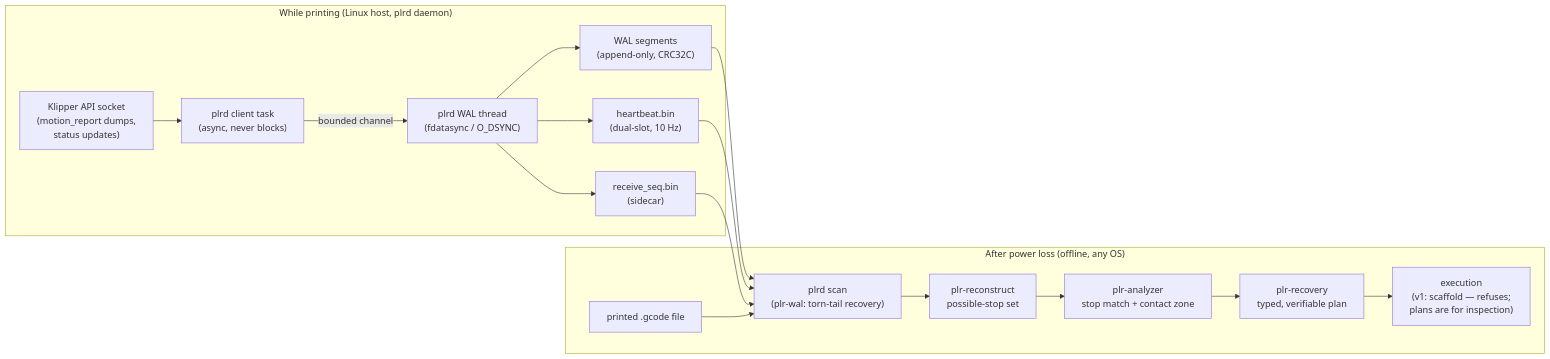
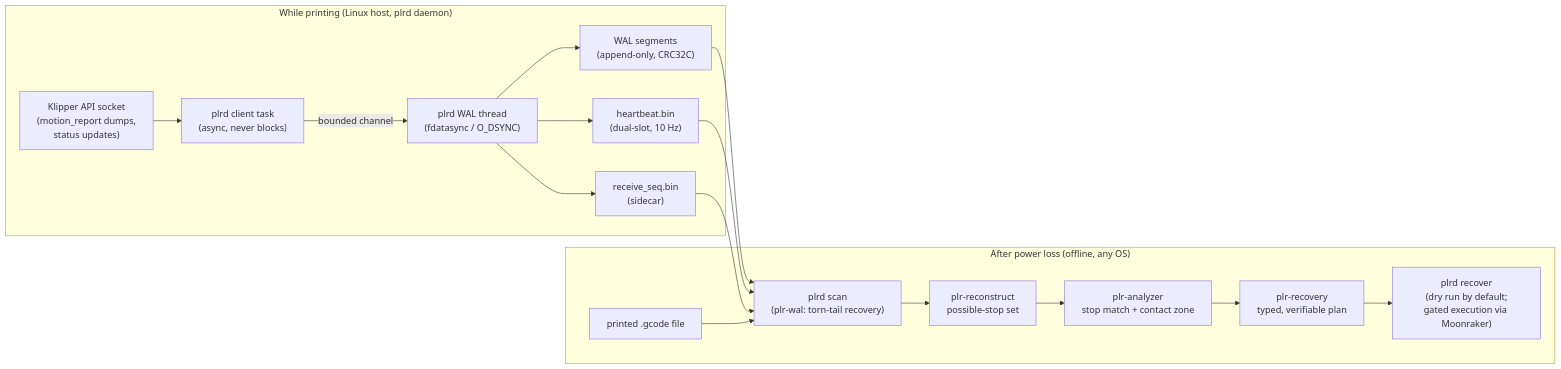
One commit to Zsmerritt/dead-reckoning changed the diagram in README.md. Above: the diagram before and after it, drawn with Mermaid. The commit also changed other lines of this file and 5 other files, not shown here.

First line of the commit message:
docs: recovery execution is real — recover flow, commissioning, script install

````diff
--- a/README.md
+++ b/README.md
@@ -119,20 +148,20 @@
 ```mermaid
 flowchart LR
     subgraph printer ["While printing (Linux host, plrd daemon)"]
         K["Klipper API socket<br/>(motion_report dumps,<br/>status updates)"] --> C["plrd client task<br/>(async, never blocks)"]
         C -->|bounded channel| W["plrd WAL thread<br/>(fdatasync / O_DSYNC)"]
         W --> S["WAL segments<br/>(append-only, CRC32C)"]
         W --> H["heartbeat.bin<br/>(dual-slot, 10 Hz)"]
         W --> Q["receive_seq.bin<br/>(sidecar)"]
     end
     subgraph recovery ["After power loss (offline, any OS)"]
         S --> SCAN["plrd scan<br/>(plr-wal: torn-tail recovery)"]
         H --> SCAN
         Q --> SCAN
         G["printed .gcode file"] --> SCAN
         SCAN --> R["plr-reconstruct<br/>possible-stop set"]
         R --> A["plr-analyzer<br/>stop match + contact zone"]
         A --> P["plr-recovery<br/>typed, verifiable plan"]
-        P --> X["execution<br/>(v1: scaffold — refuses;<br/>plans are for inspection)"]
+        P --> X["plrd recover<br/>(dry run by default;<br/>gated execution via Moonraker)"]
     end
 ```
````
